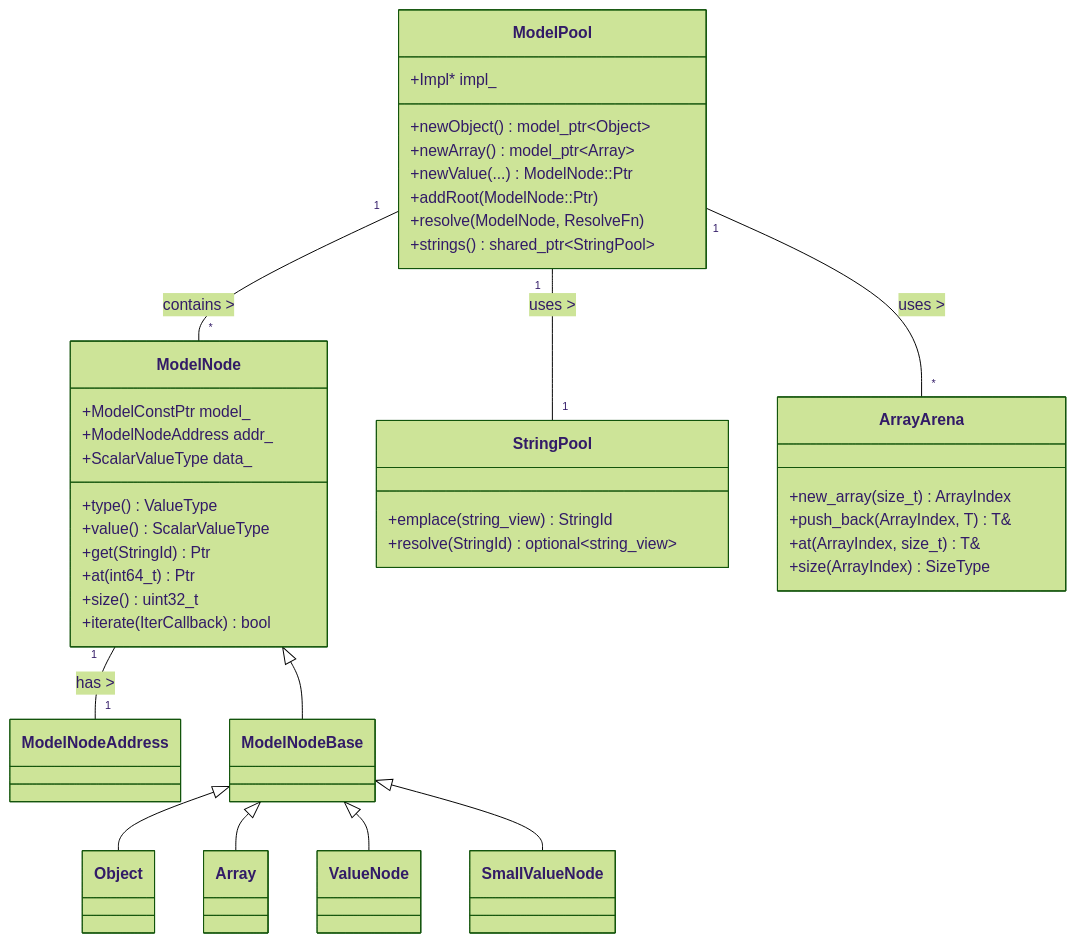
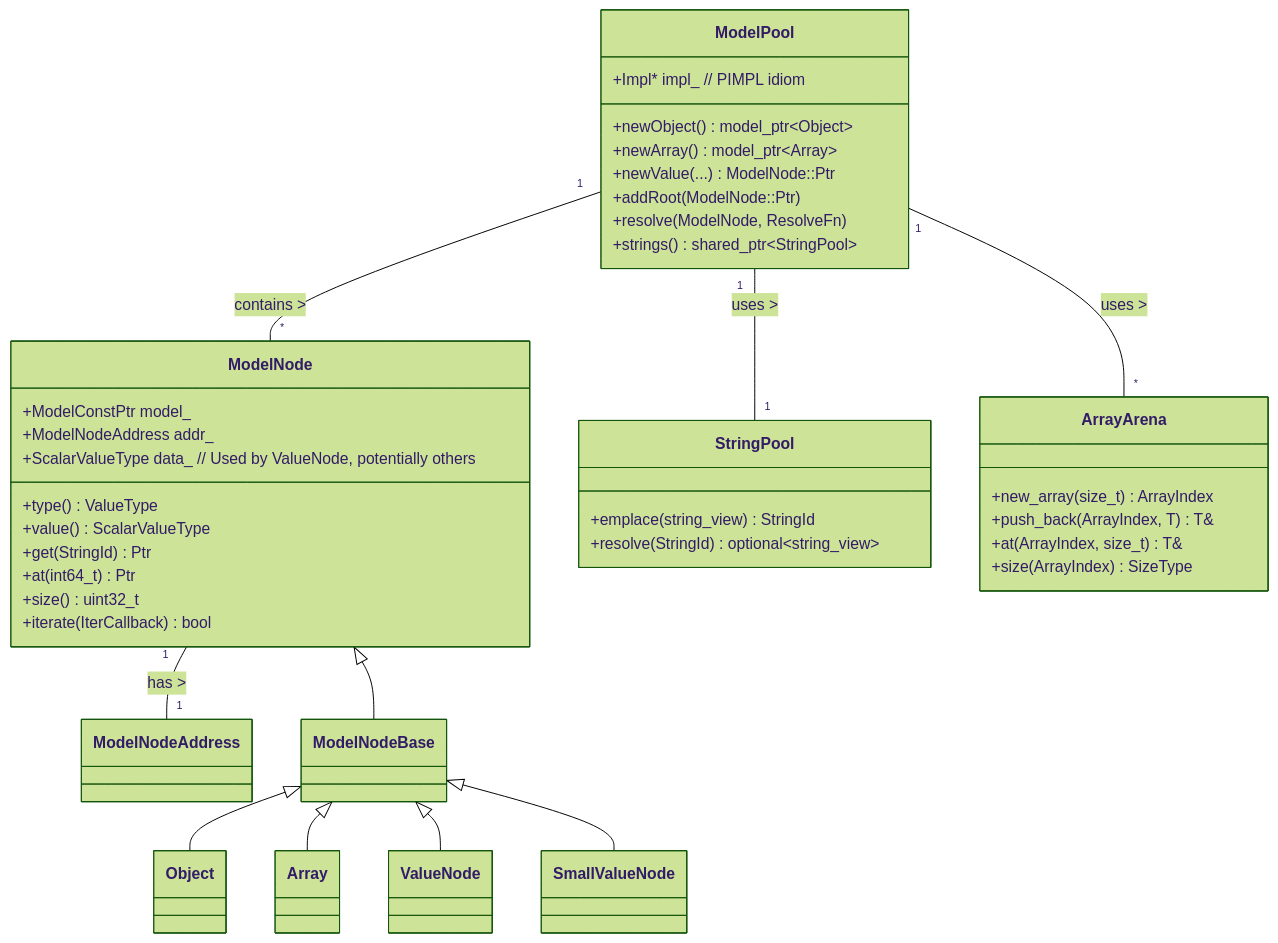
Before and after one commit to Klebert-Engineering/simfil: the second of 3 diagrams in doc/developer_guide.md, drawn with Mermaid (forest theme). The commit also changed other lines of this file, not shown here.

````diff
--- a/doc/developer_guide.md
+++ b/doc/developer_guide.md
@@ -119,43 +123,43 @@
 ```mermaid
 classDiagram
     ModelPool "1" -- "*" ModelNode : contains >
     ModelPool "1" -- "1" StringPool : uses >
     ModelPool "1" -- "*" ArrayArena : uses >
     ModelNode "1" -- "1" ModelNodeAddress : has >
     ModelNode <|-- ModelNodeBase
     ModelNodeBase <|-- Object
     ModelNodeBase <|-- Array
     ModelNodeBase <|-- ValueNode
     ModelNodeBase <|-- SmallValueNode
 
     class ModelNode{
-        +ModelConstPtr model_
-        +ModelNodeAddress addr_
-        +ScalarValueType data_
-        +type() ValueType
-        +value() ScalarValueType
-        +get(StringId) Ptr
-        +at(int64_t) Ptr
-        +size() uint32_t
-        +iterate(IterCallback) bool
+      +ModelConstPtr model_
+      +ModelNodeAddress addr_
+      +ScalarValueType data_ // Used by ValueNode, potentially others
+      +type() ValueType
+      +value() ScalarValueType
+      +get(StringId) Ptr
+      +at(int64_t) Ptr
+      +size() uint32_t
+      +iterate(IterCallback) bool
     }
     class ModelPool{
-        +Impl* impl_
-        +newObject() model_ptr~Object~
-        +newArray() model_ptr~Array~
-        +newValue(...) ModelNode::Ptr
-        +addRoot(ModelNode::Ptr)
-        +resolve(ModelNode, ResolveFn)
-        +strings() shared_ptr~StringPool~
+      +Impl* impl_ // PIMPL idiom
+      +newObject() model_ptr~Object~
+      +newArray() model_ptr~Array~
+      +newValue(...) ModelNode::Ptr
+      +addRoot(ModelNode::Ptr)
+      +resolve(ModelNode, ResolveFn)
+      +strings() shared_ptr~StringPool~
     }
     class ArrayArena~T~{
-        +new_array(size_t) ArrayIndex
-        +push_back(ArrayIndex, T) T&
-        +at(ArrayIndex, size_t) T&
-        +size(ArrayIndex) SizeType
+      +new_array(size_t) ArrayIndex
+      +push_back(ArrayIndex, T) T&
+      +at(ArrayIndex, size_t) T&
+      +size(ArrayIndex) SizeType
     }
     class StringPool{
-        +emplace(string_view) StringId
-        +resolve(StringId) optional~string_view~
+      +emplace(string_view) StringId
+      +resolve(StringId) optional~string_view~
     }
 ```
````
